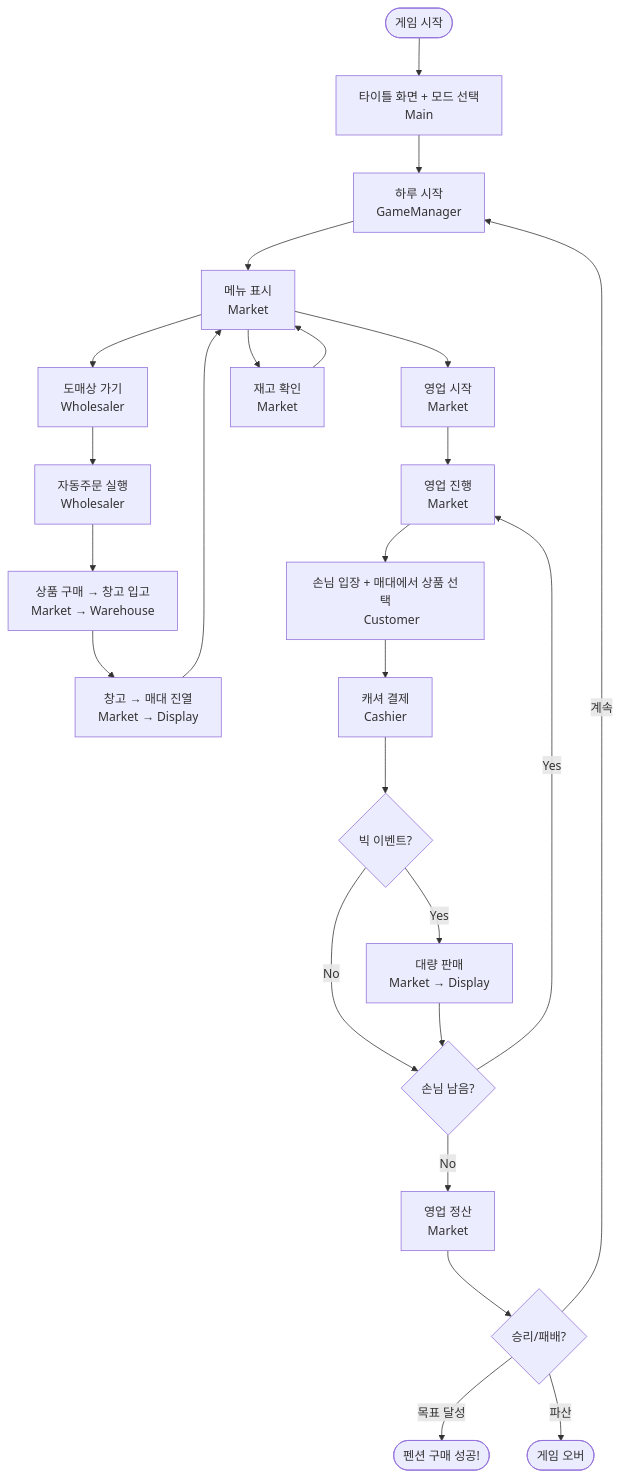
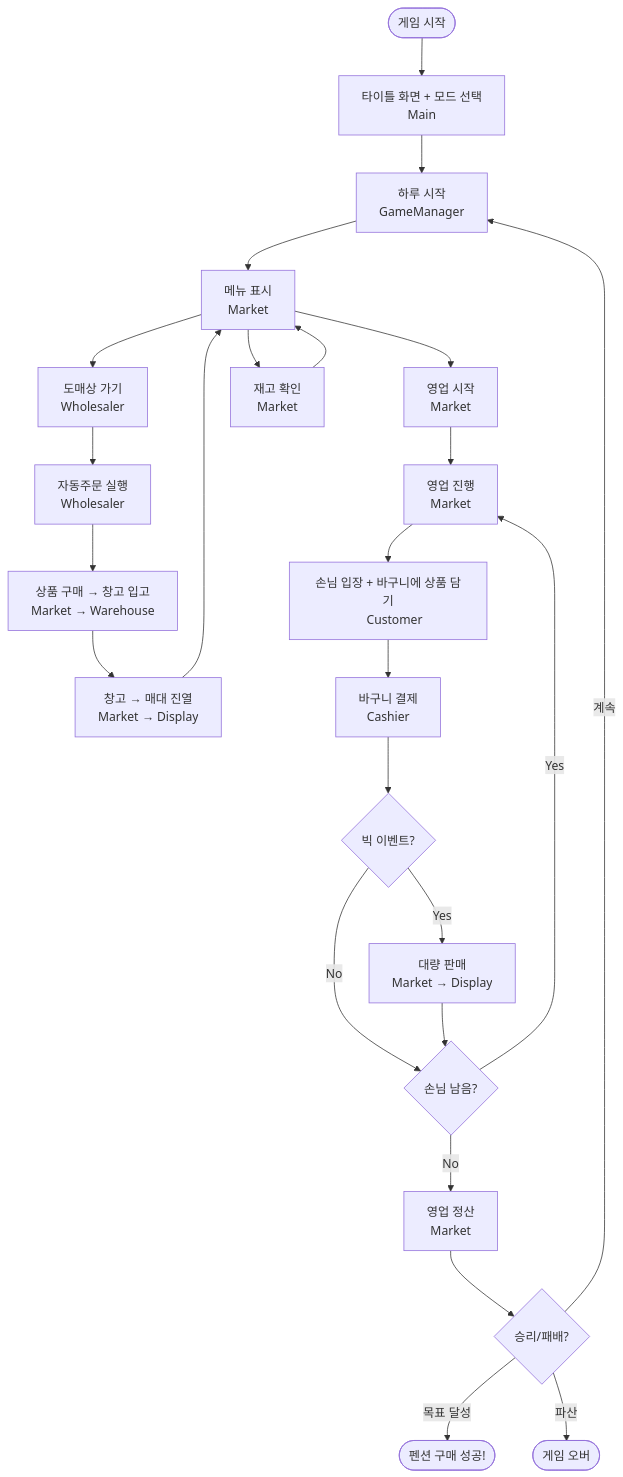
One commit to weweweme/teamnova_basic_class changed the diagram in week4/CLAUDE.md. Above: the diagram before and after it, drawn with Mermaid. The commit also changed other lines of this file and 3 other files, not shown here.

````diff
--- a/week4/CLAUDE.md
+++ b/week4/CLAUDE.md
@@ -246,45 +247,45 @@
 ```mermaid
 flowchart TD
     Start([게임 시작]) --> Title["타이틀 화면 + 모드 선택
     Main"]
     Title --> Loop["하루 시작
     GameManager"]
 
     Loop --> Morning["메뉴 표시
     Market"]
     Morning --> W["도매상 가기
     Wholesaler"]
     W --> Auto["자동주문 실행
     Wholesaler"]
     Auto --> Buy["상품 구매 → 창고 입고
     Market → Warehouse"]
     Buy --> Arrange["창고 → 매대 진열
     Market → Display"]
     Arrange --> Morning
 
     Morning --> Biz["영업 시작
     Market"]
     Biz --> BizLoop["영업 진행
     Market"]
-    BizLoop --> CustEnter["손님 입장 + 매대에서 상품 선택
+    BizLoop --> CustEnter["손님 입장 + 바구니에 상품 담기
     Customer"]
-    CustEnter --> Checkout["캐셔 결제
+    CustEnter --> Checkout["바구니 결제
     Cashier"]
     Checkout --> Event{빅 이벤트?}
     Event -->|Yes| BigEvent["대량 판매
     Market → Display"]
     Event -->|No| NextCheck{손님 남음?}
     BigEvent --> NextCheck
     NextCheck -->|Yes| BizLoop
     NextCheck -->|No| Settlement["영업 정산
     Market"]
 
     Morning --> Stock["재고 확인
     Market"]
     Stock --> Morning
 
     Settlement --> Check{승리/패배?}
     Check -->|목표 달성| Win([펜션 구매 성공!])
     Check -->|파산| Lose([게임 오버])
     Check -->|계속| Loop
 ```
````
